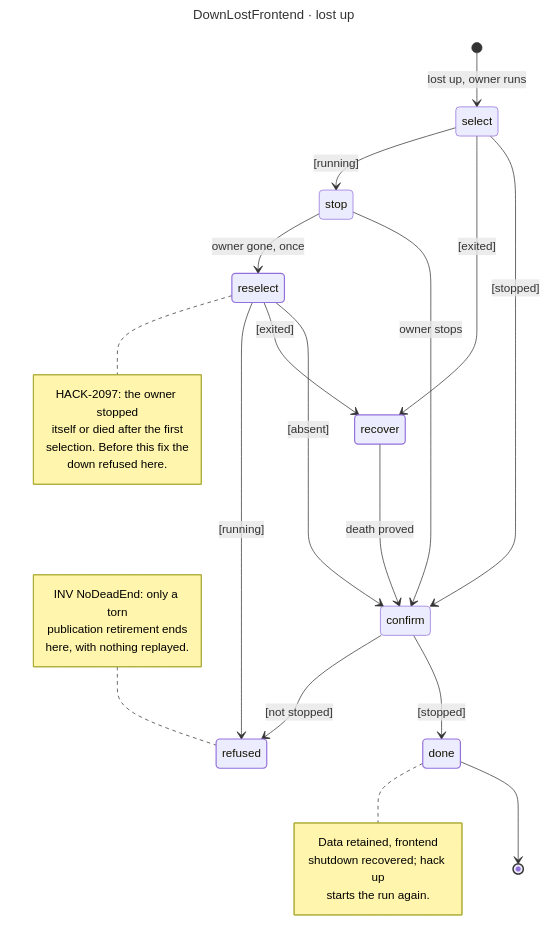
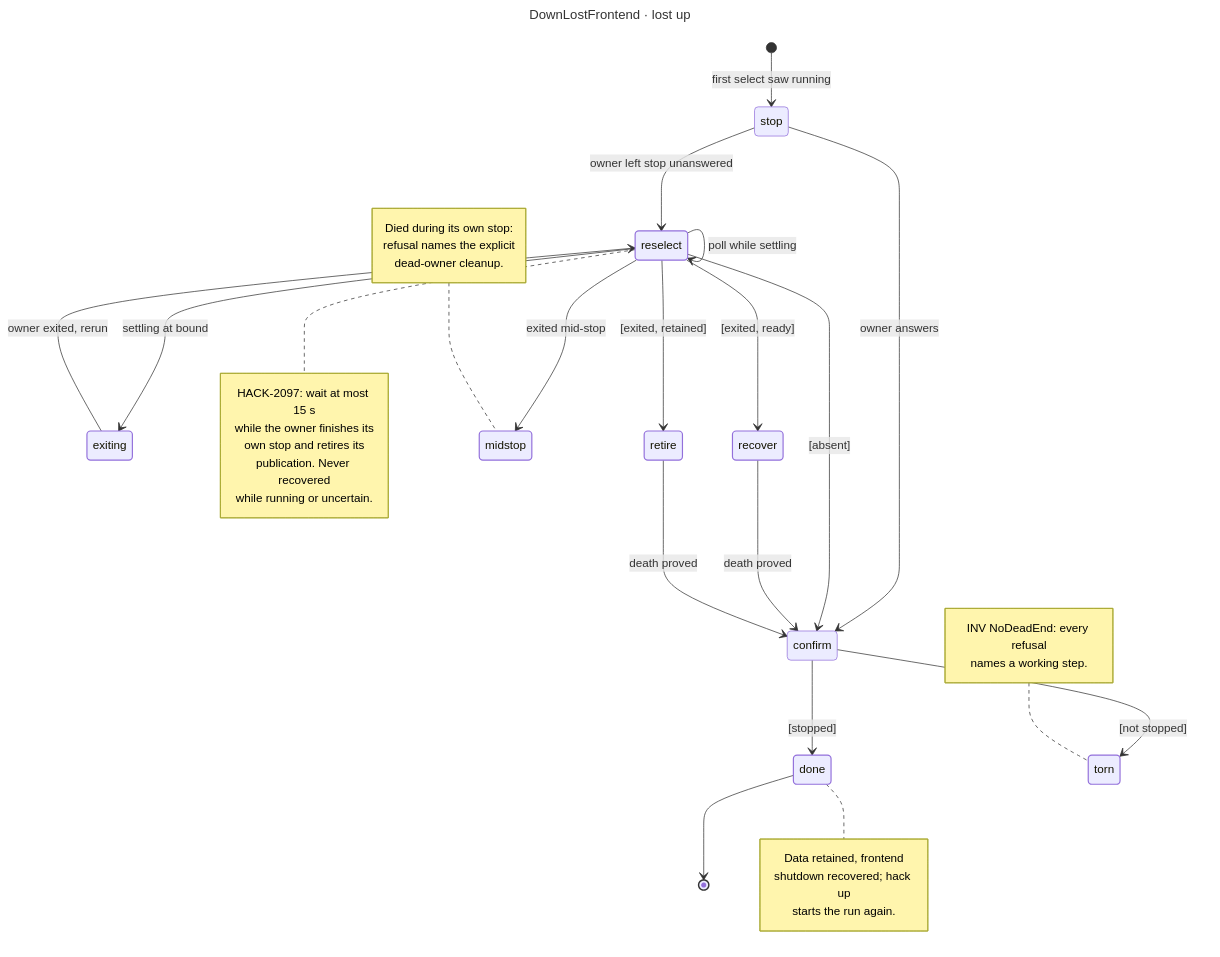
Before and after one commit to hack-dance/hack: the diagram in docs/reference/native-down-lost-frontend.mmd, drawn with Mermaid. The commit also changed 15 other files, not shown here.

```diff
--- a/docs/reference/native-down-lost-frontend.mmd
+++ b/docs/reference/native-down-lost-frontend.mmd
@@ -1,44 +1,54 @@
 ---
 title: DownLostFrontend · lost up
 ---
 stateDiagram-v2
     direction TB
     classDef ok stroke-width:1.6px
     classDef wait stroke-width:1.6px
     classDef fail stroke-width:1.6px
 
-    [*] --> select : lost up, owner runs
-    select --> confirm : [stopped]
-    select --> recover : [exited]
-    select --> stop : [running]
-    stop --> confirm : owner stops
-    stop --> reselect : owner gone, once
+    [*] --> stop : first select saw running
+    stop --> confirm : owner answers
+    stop --> reselect : owner left stop unanswered
+    reselect --> reselect : poll while settling
+    reselect --> exiting : settling at bound
+    exiting --> reselect : owner exited, rerun
     reselect --> confirm : [absent]
-    reselect --> recover : [exited]
-    reselect --> refused : [running]
+    reselect --> recover : [exited, ready]
+    reselect --> retire : [exited, retained]
+    reselect --> midstop : exited mid-stop
     recover --> confirm : death proved
+    retire --> confirm : death proved
     confirm --> done : [stopped]
-    confirm --> refused : [not stopped]
+    confirm --> torn : [not stopped]
     done --> [*]
 
     note right of reselect
-        HACK-2097: the owner stopped
-        itself or died after the first
-        selection. Before this fix the
-        down refused here.
+        HACK-2097: wait at most 15 s
+        while the owner finishes its
+        own stop and retires its
+        publication. Never recovered
+        while running or uncertain.
     end note
     note right of done
         Data retained, frontend
         shutdown recovered; hack up
         starts the run again.
     end note
-    note left of refused
-        INV NoDeadEnd: only a torn
-        publication retirement ends
-        here, with nothing replayed.
+    note left of midstop
+        Died during its own stop:
+        refusal names the explicit
+        dead-owner cleanup.
+    end note
+    note left of torn
+        INV NoDeadEnd: every refusal
+        names a working step.
     end note
 
     class done ok
     class reselect wait
     class recover wait
-    class refused fail
+    class retire wait
+    class exiting wait
+    class midstop fail
+    class torn fail
```
